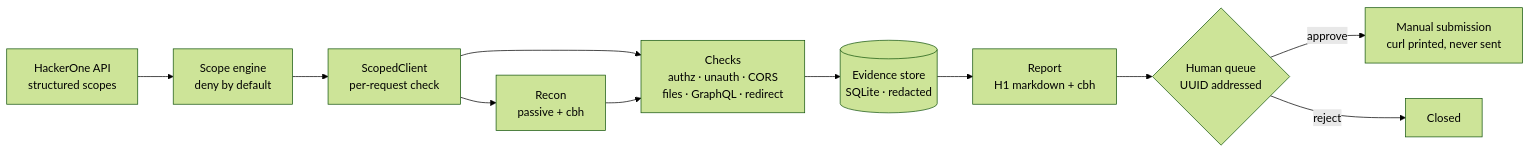
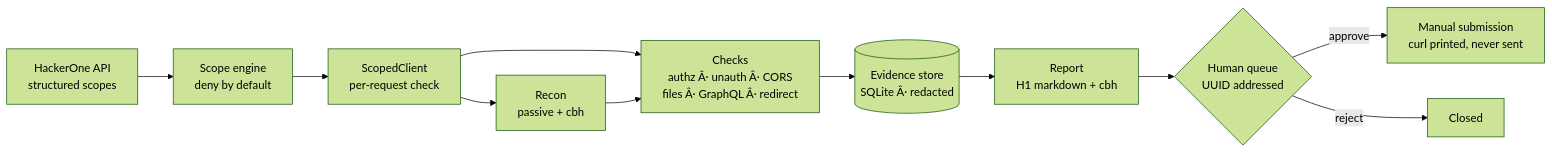
The diagram in README.md (webspoilt/bounty-hunter-), drawn with Mermaid (forest theme) before and after one commit. The commit also changed other lines of this file and 38 other files, not shown here.

````diff
--- a/README.md
+++ b/README.md
@@ -157,13 +165,13 @@
 ```mermaid
 flowchart LR
   H1["HackerOne API<br/>structured scopes"] --> S["Scope engine<br/>deny by default"]
   S --> C["ScopedClient<br/>per-request check"]
   C --> R["Recon<br/>passive + cbh"]
-  C --> K["Checks<br/>authz · unauth · CORS<br/>files · GraphQL · redirect"]
+  C --> K["Checks<br/>authz Â· unauth Â· CORS<br/>files Â· GraphQL Â· redirect"]
   R --> K
-  K --> E[("Evidence store<br/>SQLite · redacted")]
+  K --> E[("Evidence store<br/>SQLite Â· redacted")]
   E --> P["Report<br/>H1 markdown + cbh"]
   P --> Q{"Human queue<br/>UUID addressed"}
   Q -->|approve| M["Manual submission<br/>curl printed, never sent"]
   Q -->|reject| X["Closed"]
 ```
````
